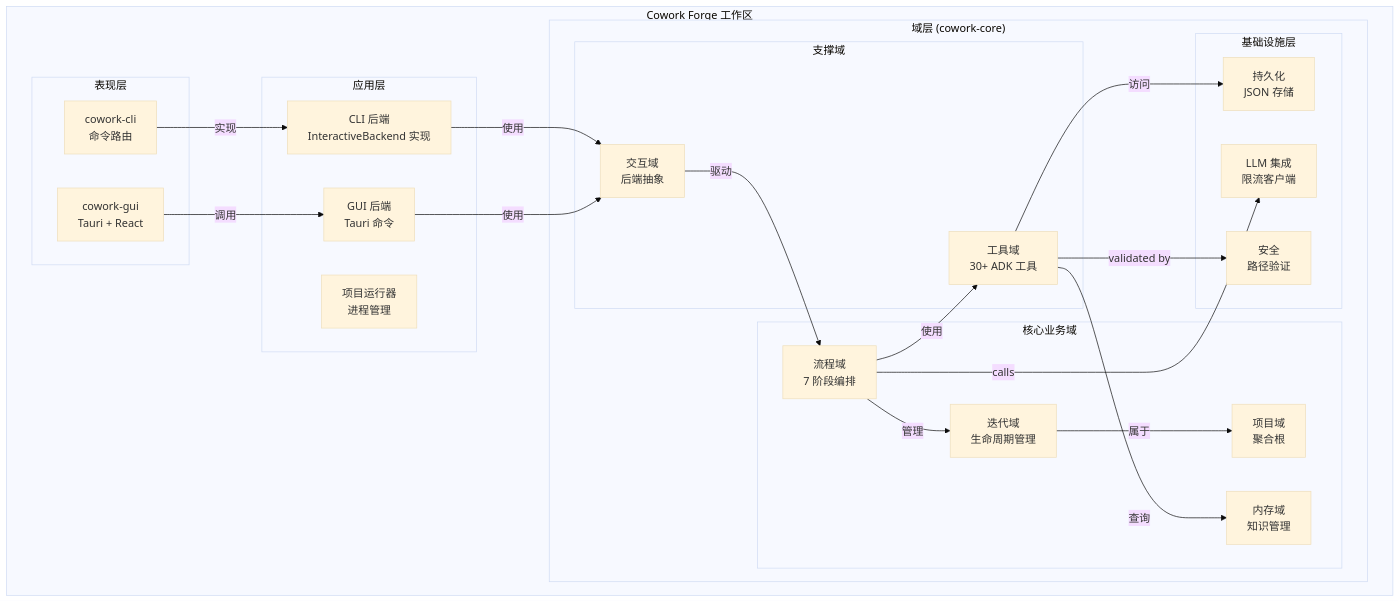
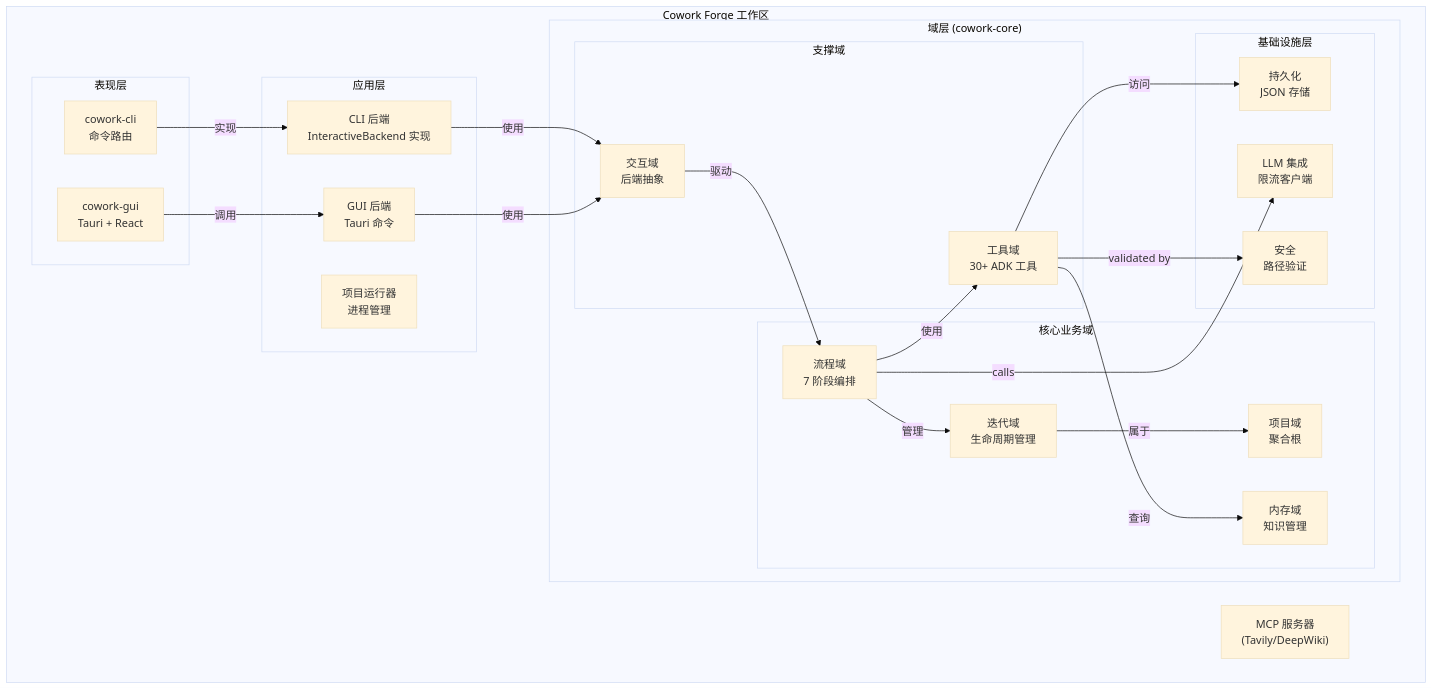
The third of 18 diagrams in litho.docs/zh/2、架构概览.md (sopaco/cowork-forge), drawn with Mermaid (base theme) before and after one commit. The commit also changed other lines of this file and 9 other files, not shown here.

````diff
--- a/litho.docs/zh/2、架构概览.md
+++ b/litho.docs/zh/2、架构概览.md
@@ -178,50 +186,51 @@
 ```mermaid
 flowchart TB
     subgraph Workspace["Cowork Forge 工作区"]
         subgraph Presentation["表现层"]
             CLI["cowork-cli<br/>命令路由"]
             GUI["cowork-gui<br/>Tauri + React"]
         end
         
         subgraph Application["应用层"]
             CLIBackend["CLI 后端<br/>InteractiveBackend 实现"]
             GUIBackend["GUI 后端<br/>Tauri 命令"]
             ProjectRunner["项目运行器<br/>进程管理"]
         end
         
         subgraph Domain["域层 (cowork-core)"]
             subgraph CoreDomains["核心业务域"]
                 ProjectDomain["项目域<br/>聚合根"]
                 IterationDomain["迭代域<br/>生命周期管理"]
                 PipelineDomain["流程域<br/>7 阶段编排"]
                 MemoryDomain["内存域<br/>知识管理"]
             end
             
             subgraph SupportingDomains["支撑域"]
                 ToolsDomain["工具域<br/>30+ ADK 工具"]
                 InteractionDomain["交互域<br/>后端抽象"]
             end
             
             subgraph Infrastructure["基础设施层"]
                 Persistence["持久化<br/>JSON 存储"]
                 LLMIntegration["LLM 集成<br/>限流客户端"]
                 Security["安全<br/>路径验证"]
             end
         end
+        MCP["MCP 服务器<br/>(Tavily/DeepWiki)"]
     end
     
     CLI -->|实现| CLIBackend
     GUI -->|调用| GUIBackend
     CLIBackend -->|使用| InteractionDomain
     GUIBackend -->|使用| InteractionDomain
     
     InteractionDomain -->|驱动| PipelineDomain
     PipelineDomain -->|管理| IterationDomain
     PipelineDomain -->|使用| ToolsDomain
     IterationDomain -->|属于| ProjectDomain
     
     ToolsDomain -->|访问| Persistence
     ToolsDomain -->|查询| MemoryDomain
     PipelineDomain -->|calls| LLMIntegration
     ToolsDomain -->|validated by| Security
 ```
````
